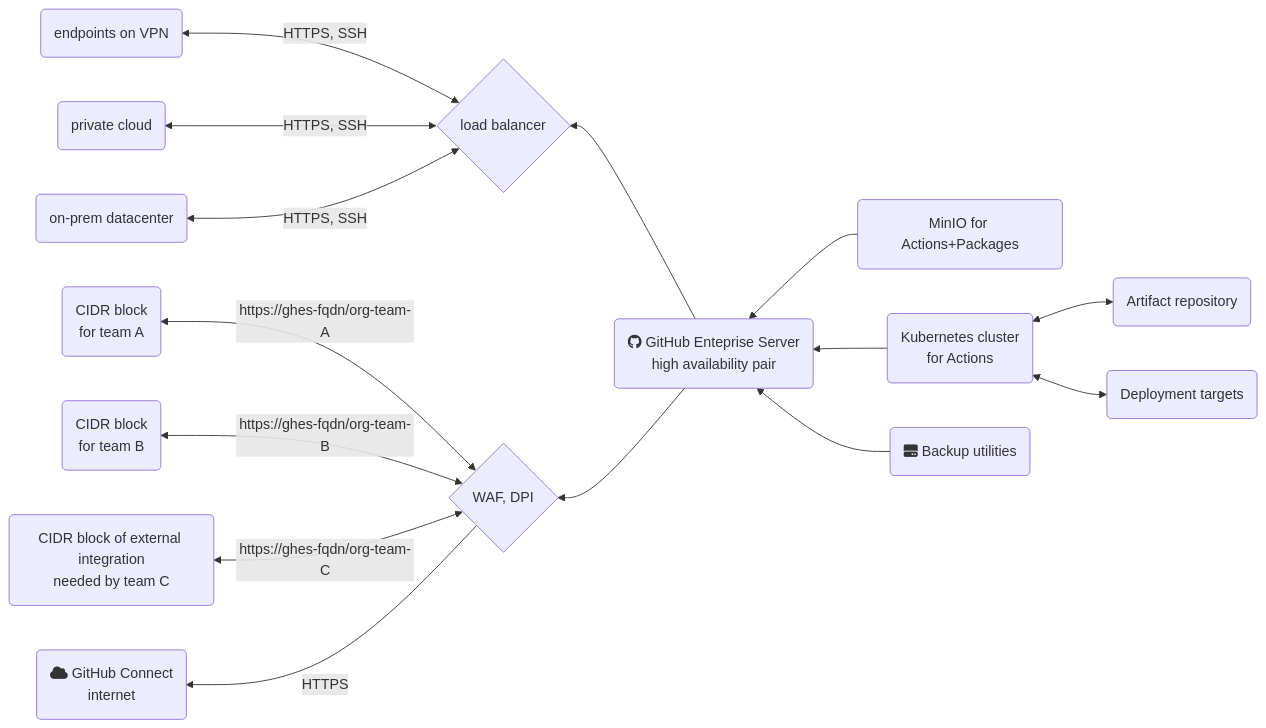
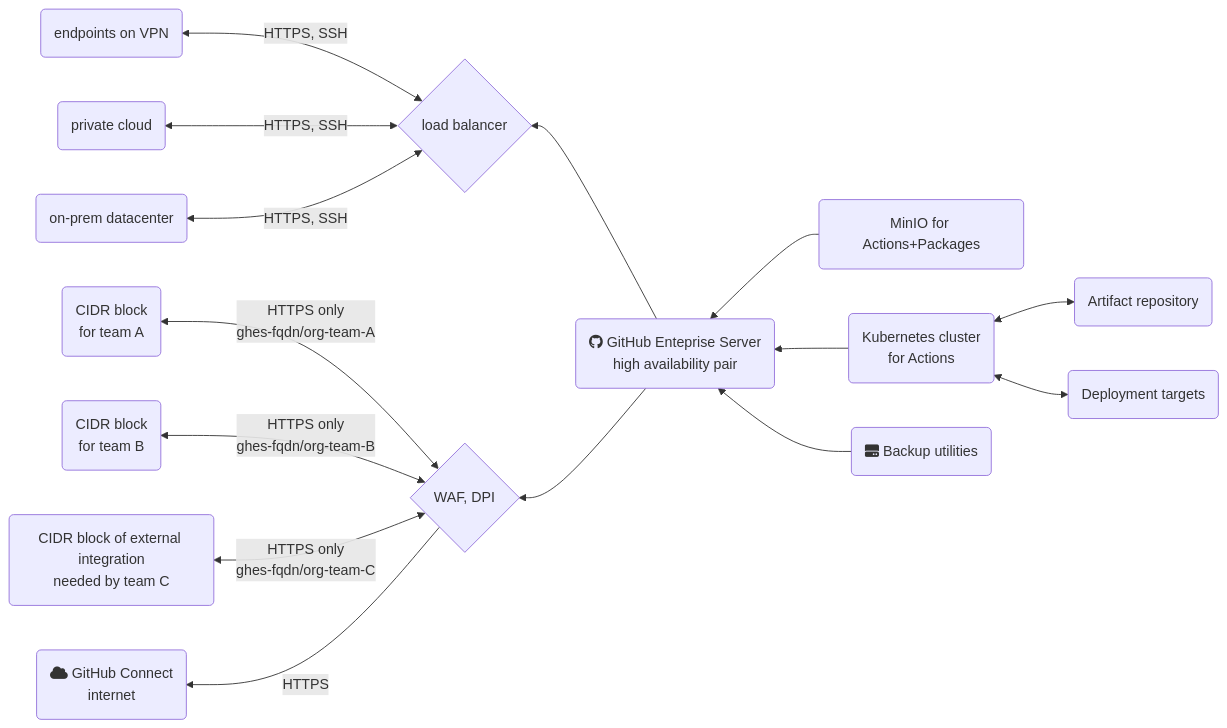
One commit to some-natalie/some-natalie changed the diagram in _posts/2024-02-19-github-admin-resources.md. Above: the diagram before and after it, drawn with Mermaid. The commit also changed other lines of this file and 3 other files, not shown here.

````diff
--- a/_posts/2024-02-19-github-admin-resources.md
+++ b/_posts/2024-02-19-github-admin-resources.md
@@ -71,17 +71,17 @@
 ```mermaid
 graph RL
     A(fab:fa-github GitHub Enteprise Server<br>high availability pair) --> C{load balancer}
     G(MinIO for Actions+Packages) --> A
     H(Kubernetes cluster<br>for Actions) --> A
     K(Artifact repository) <--> H
     L(Deployment targets) <--> H
     A --> Z{WAF, DPI}
     B(fa:fa-hard-drive Backup utilities) --> A
     C <-->|HTTPS, SSH| D(endpoints on VPN)
     C <-->|HTTPS, SSH| E(private cloud)
     C <-->|HTTPS, SSH| F(on-prem datacenter)
-    Z <-->|https://ghes-fqdn/org-team-A| Y(CIDR block<br>for team A)
-    Z <-->|https://ghes-fqdn/org-team-B| X(CIDR block<br>for team B)
-    Z <-->|https://ghes-fqdn/org-team-C| W(CIDR block of external integration<br>needed by team C)
+    Z <-->|HTTPS only<br>ghes-fqdn/org-team-A| Y(CIDR block<br>for team A)
+    Z <-->|HTTPS only<br>ghes-fqdn/org-team-B| X(CIDR block<br>for team B)
+    Z <-->|HTTPS only<br>ghes-fqdn/org-team-C| W(CIDR block of external integration<br>needed by team C)
     Z --> |HTTPS| I(fas:fa-cloud GitHub Connect<br>internet)
-```  
+```
````
